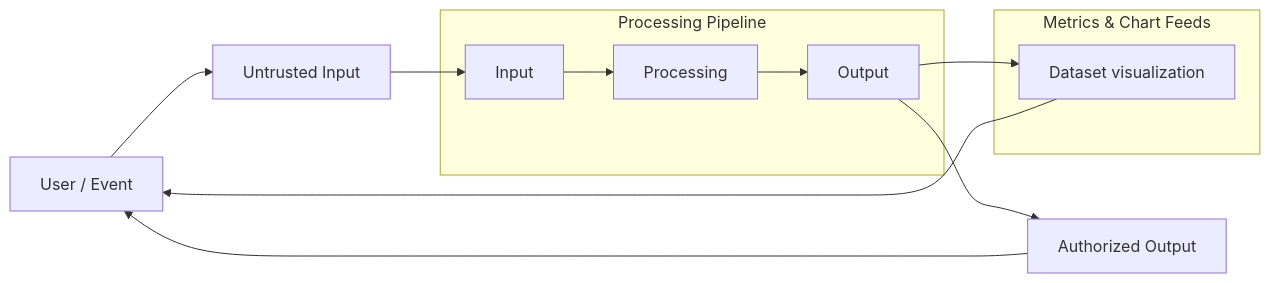
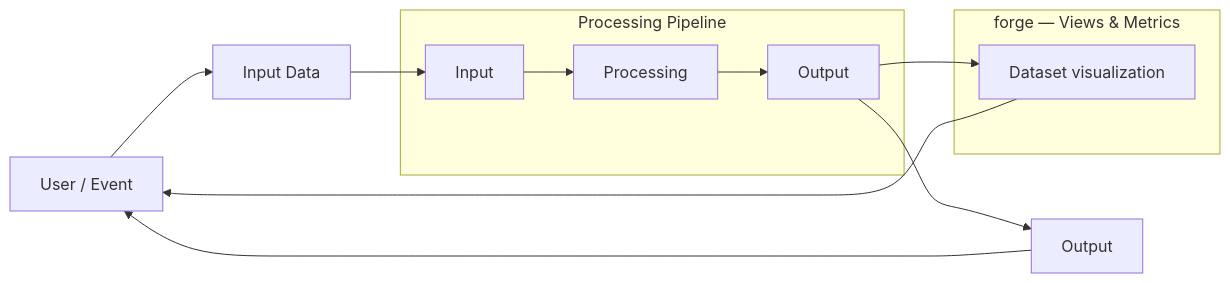
The second of 3 diagrams in README.md (Punyamittal/forge), drawn with Mermaid before and after one commit. The commit also changed other lines of this file, not shown here.

````diff
--- a/README.md
+++ b/README.md
@@ -210,22 +93,22 @@
 ```mermaid
 flowchart LR
-    U["User / Event"] --> IN["Untrusted Input"]
+    U["User / Event"] --> IN["Input Data"]
 
     subgraph Pipeline["Processing Pipeline"]
         p0["Input"]
         p1["Processing"]
         p2["Output"]
         p0 --> p1
         p1 --> p2
     end
 
-    subgraph Metrics["Metrics & Chart Feeds"]
+    subgraph Metrics["forge — Views & Metrics"]
         dataset_viz["Dataset visualization"]
     end
 
     IN --> p0
-    p2 --> OUT["Authorized Output"]
+    p2 --> OUT["Output"]
     OUT --> U
     p2 --> dataset_viz
     dataset_viz --> U
 ```
````
